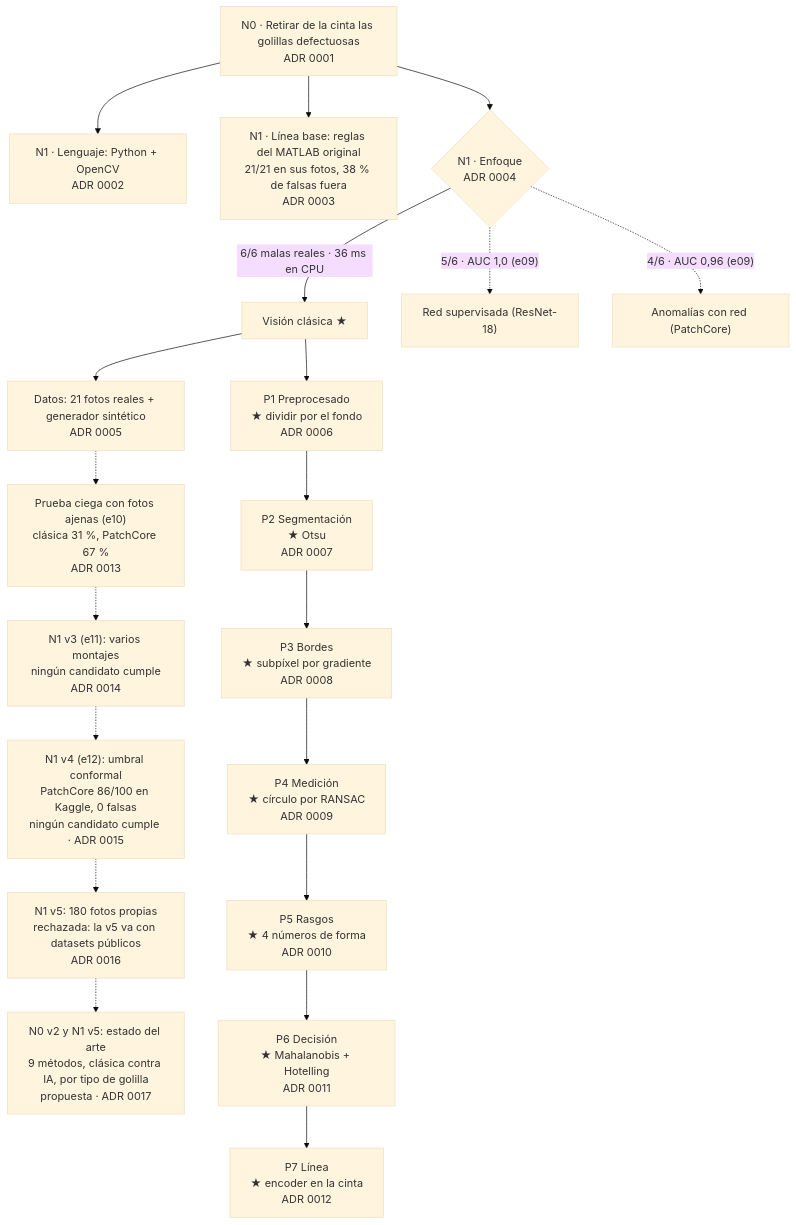
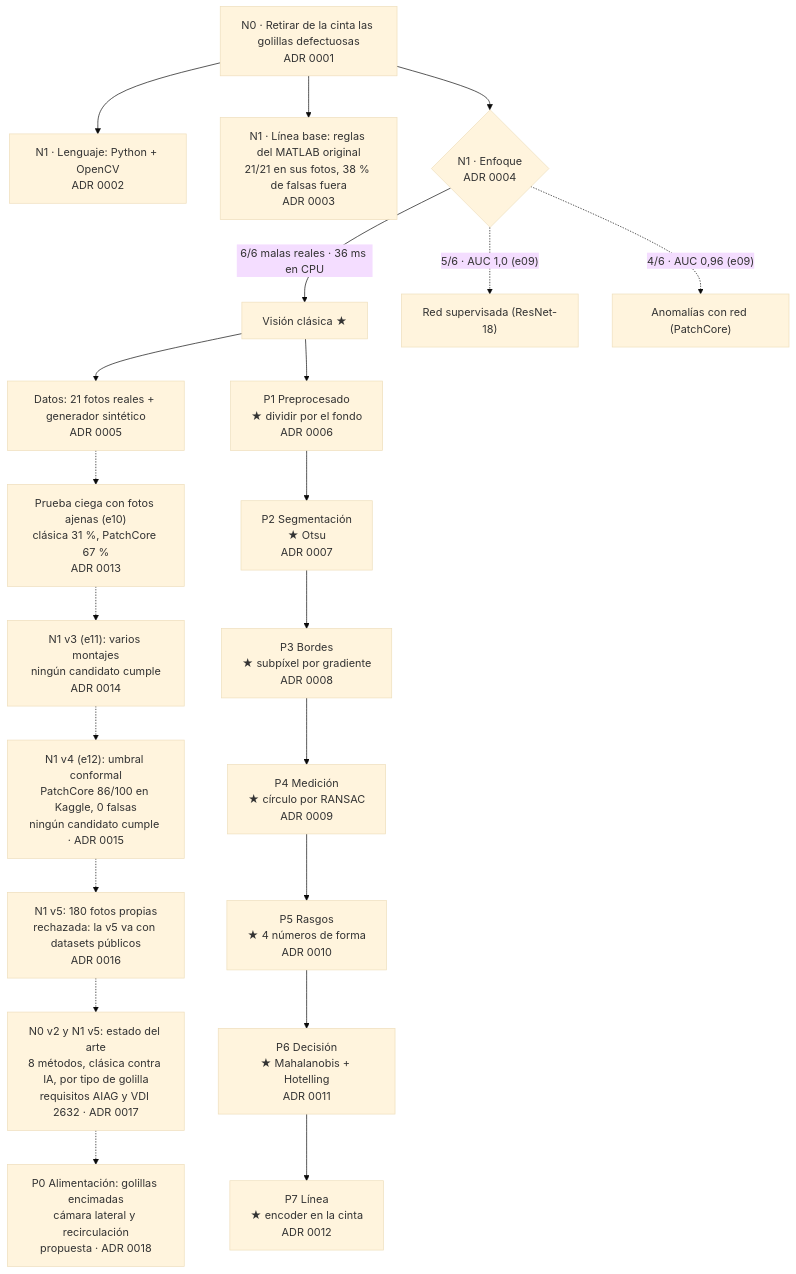
One commit to CarryMankeke/inspeccion-golillas changed the diagram in docs/arbol.md. Above: the diagram before and after it, drawn with Mermaid (base theme). The commit also changed 6 other files, not shown here.

````diff
--- a/docs/arbol.md
+++ b/docs/arbol.md
@@ -12,23 +12,24 @@
 ```mermaid
 flowchart TD
     N0["N0 · Retirar de la cinta las golillas defectuosas<br/>ADR 0001"]
     N0 --> L["N1 · Lenguaje: Python + OpenCV<br/>ADR 0002"]
     N0 --> B["N1 · Línea base: reglas del MATLAB original<br/>21/21 en sus fotos, 38 % de falsas fuera<br/>ADR 0003"]
     N0 --> E{"N1 · Enfoque<br/>ADR 0004"}
     E -->|"6/6 malas reales · 36 ms en CPU"| C["Visión clásica ★"]
     E -.->|"5/6 · AUC 1,0 (e09)"| RS["Red supervisada (ResNet-18)"]
     E -.->|"4/6 · AUC 0,96 (e09)"| PC["Anomalías con red (PatchCore)"]
     C --> D["Datos: 21 fotos reales + generador sintético<br/>ADR 0005"]
     D -.-> DP["Prueba ciega con fotos ajenas (e10)<br/>clásica 31 %, PatchCore 67 %<br/>ADR 0013"]
     DP -.-> V3["N1 v3 (e11): varios montajes<br/>ningún candidato cumple<br/>ADR 0014"]
     V3 -.-> V4["N1 v4 (e12): umbral conformal<br/>PatchCore 86/100 en Kaggle, 0 falsas<br/>ningún candidato cumple · ADR 0015"]
     V4 -.-> V5["N1 v5: 180 fotos propias<br/>rechazada: la v5 va con datasets públicos<br/>ADR 0016"]
-    V5 -.-> SA["N0 v2 y N1 v5: estado del arte<br/>9 métodos, clásica contra IA, por tipo de golilla<br/>propuesta · ADR 0017"]
+    V5 -.-> SA["N0 v2 y N1 v5: estado del arte<br/>8 métodos, clásica contra IA, por tipo de golilla<br/>requisitos AIAG y VDI 2632 · ADR 0017"]
+    SA -.-> P0["P0 Alimentación: golillas encimadas<br/>cámara lateral y recirculación<br/>propuesta · ADR 0018"]
     C --> P1["P1 Preprocesado<br/>★ dividir por el fondo<br/>ADR 0006"]
     P1 --> P2["P2 Segmentación<br/>★ Otsu<br/>ADR 0007"]
     P2 --> P3["P3 Bordes<br/>★ subpíxel por gradiente<br/>ADR 0008"]
     P3 --> P4["P4 Medición<br/>★ círculo por RANSAC<br/>ADR 0009"]
     P4 --> P5["P5 Rasgos<br/>★ 4 números de forma<br/>ADR 0010"]
     P5 --> P6["P6 Decisión<br/>★ Mahalanobis + Hotelling<br/>ADR 0011"]
     P6 --> P7["P7 Línea<br/>★ encoder en la cinta<br/>ADR 0012"]
 ```
````
